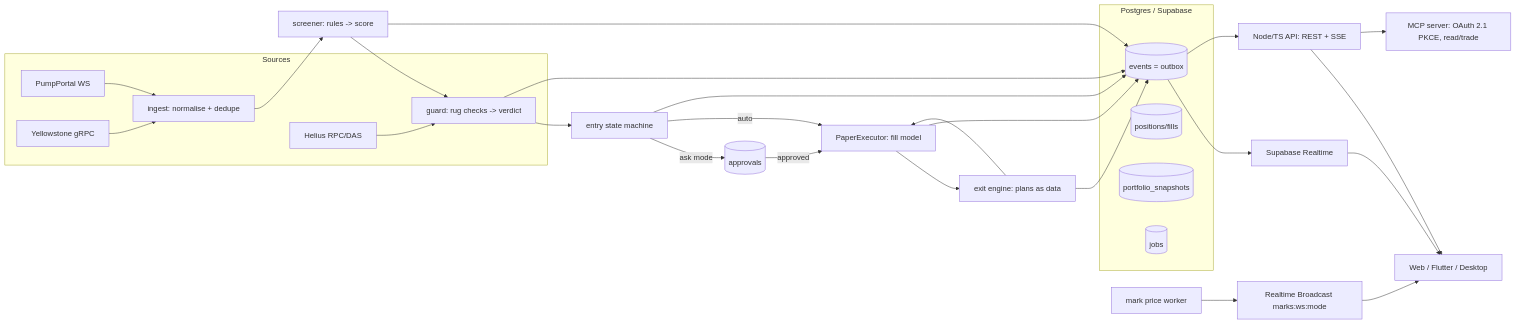
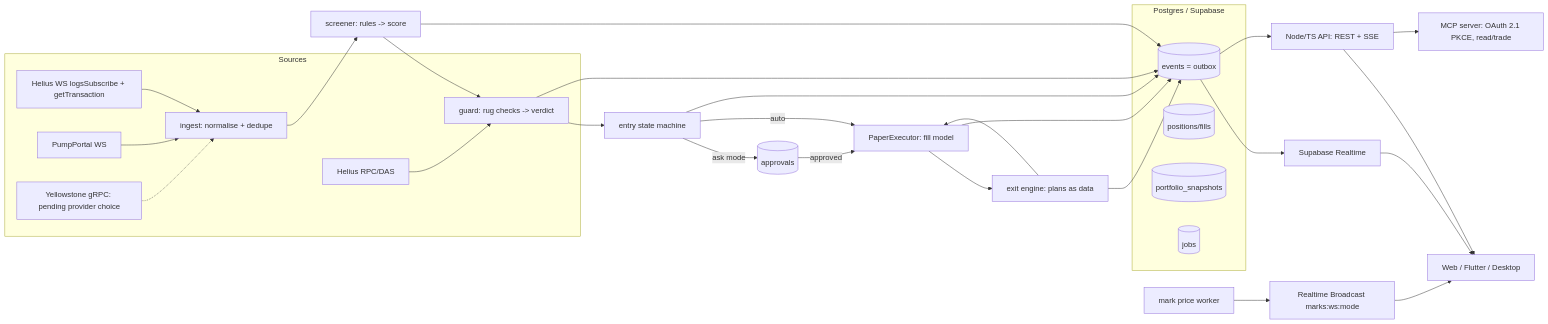
The diagram in services/backend/docs/TECH_DESIGN.md (gigabucks-hash/Centurion_bot), drawn with Mermaid before and after one commit. The commit also changed other lines of this file and 26 other files, not shown here.

Commit message:
backend v1.1: StreamSource + Helius WS/RPC source with fixtures, v1.1 SQL tests, challenge-burn fix, Telegram nonce SQL, docs/env

````diff
--- a/services/backend/docs/TECH_DESIGN.md
+++ b/services/backend/docs/TECH_DESIGN.md
@@ -11,24 +11,25 @@
 ```mermaid
 flowchart LR
   subgraph Sources
+    HWS[Helius WS logsSubscribe + getTransaction] --> ING
     PP[PumpPortal WS] --> ING
-    YS[Yellowstone gRPC] --> ING
+    YS[Yellowstone gRPC: pending provider choice] -.-> ING
     HEL[Helius RPC/DAS] --> GRD
   end
   ING[ingest: normalise + dedupe] --> SCR[screener: rules -> score]
   SCR --> GRD[guard: rug checks -> verdict]
   GRD --> ENT[entry state machine]
   ENT -->|ask mode| APQ[(approvals)]
   APQ -->|approved| EXE
   ENT -->|auto| EXE[PaperExecutor: fill model]
   EXE --> EXIT[exit engine: plans as data]
   EXIT --> EXE
   subgraph Postgres / Supabase
     EV[(events = outbox)]; POS[(positions/fills)]; SNAP[(portfolio_snapshots)]; JOBS[(jobs)]
   end
   SCR & GRD & ENT & EXE & EXIT --> EV
   EV --> RT[Supabase Realtime] --> Clients
   EV --> SSE[Node/TS API: REST + SSE] --> Clients[Web / Flutter / Desktop]
   MARK[mark price worker] --> BC[Realtime Broadcast marks:ws:mode] --> Clients
   SSE --> MCP[MCP server: OAuth 2.1 PKCE, read/trade]
 ```
````
